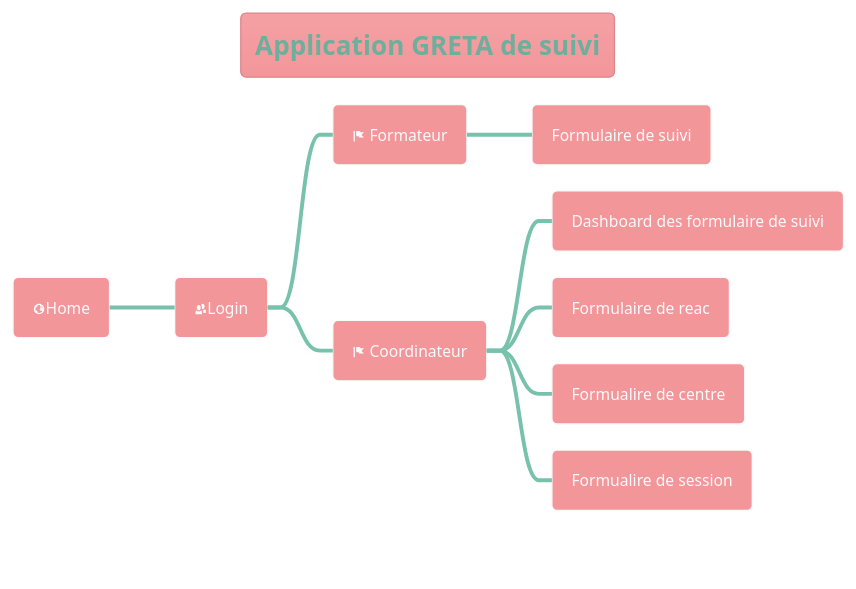
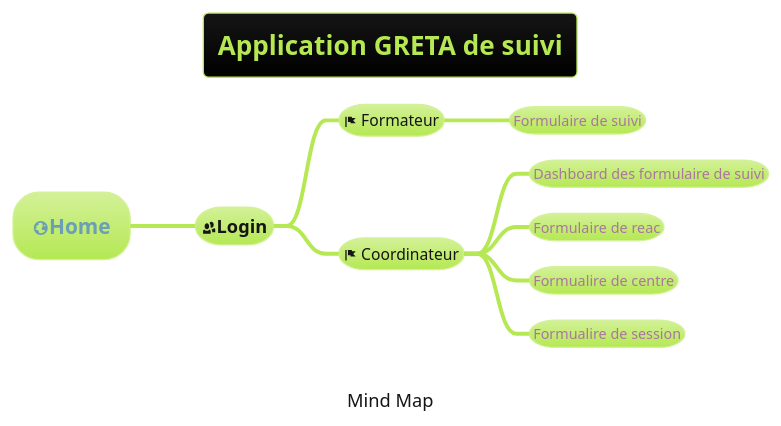
One commit to GreenHawk-99/AppGreta changed the diagram in doc/MindMap.puml. Above: the diagram before and after it, drawn with PlantUML. The commit also changed 16 other files, not shown here.

```diff
--- a/doc/MindMap.puml
+++ b/doc/MindMap.puml
@@ -1,16 +1,16 @@
 @startmindmap
-!theme minty
+!theme hacker
 
 caption Mind Map
 title Application GRETA de suivi
 * <&globe>Home
 ** <&people>Login
 *** <&flag> Formateur
 **** Formulaire de suivi
 *** <&flag> Coordinateur
 **** Dashboard des formulaire de suivi
 **** Formulaire de reac
 **** Formualire de centre
 **** Formualire de session
 
 @endmindmap
```
